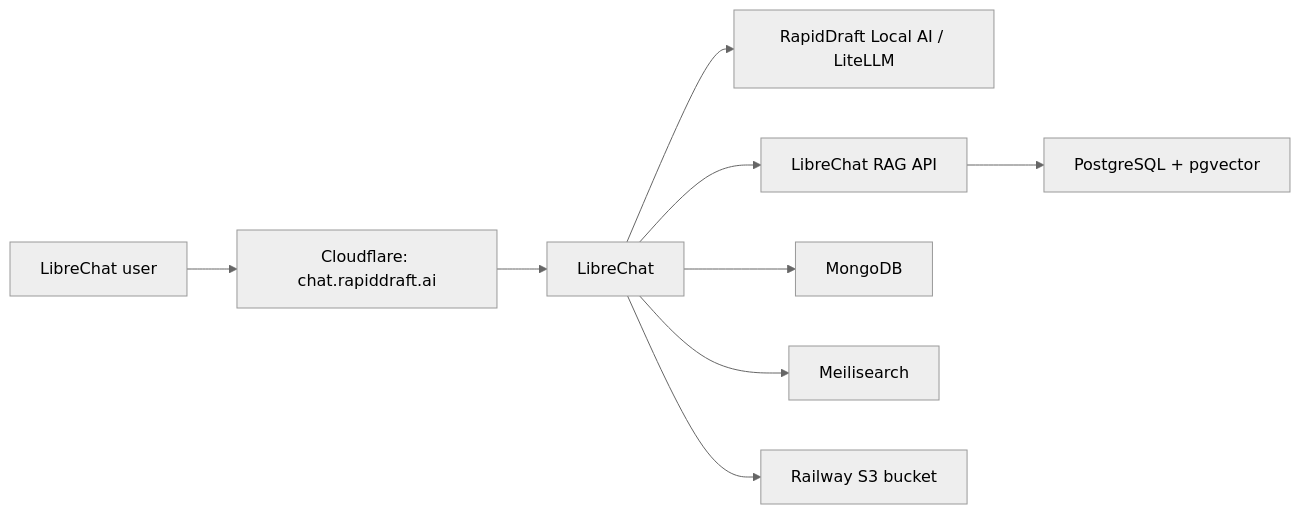
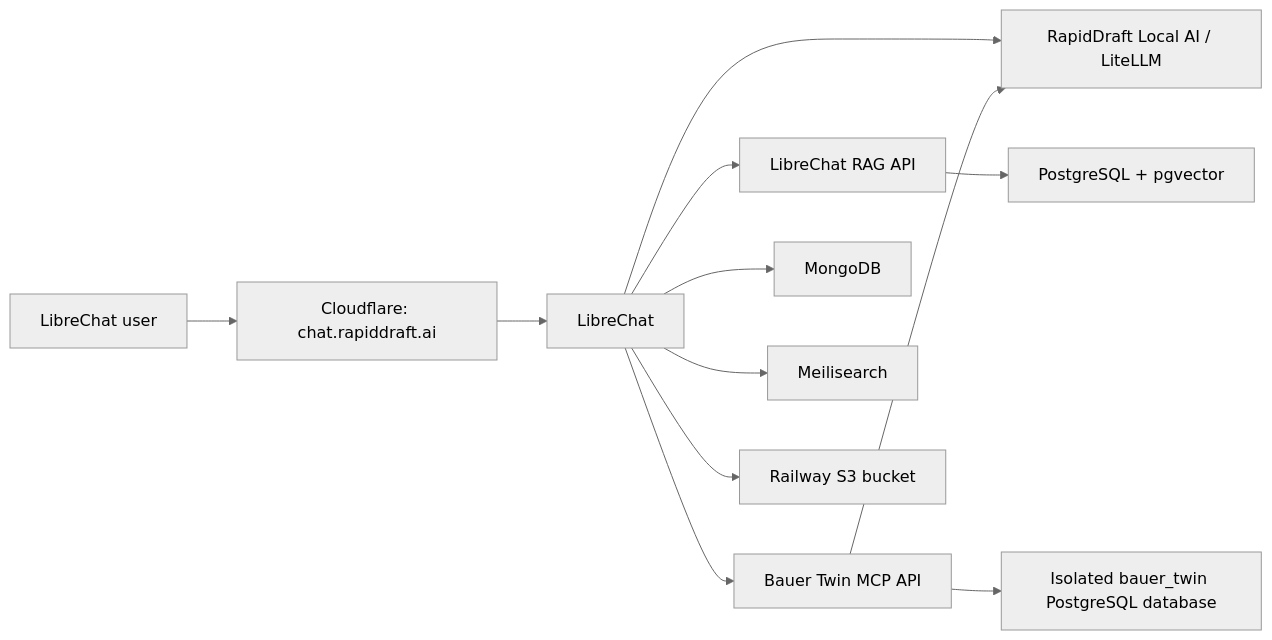
One commit to adeelyj/librechat-railway-config changed the diagram in README.md. Above: the diagram before and after it, drawn with Mermaid (neutral theme). The commit also changed other lines of this file and 20 other files, not shown here.

Commit message:
Add Bauer Technical Twin demo search

````diff
--- a/README.md
+++ b/README.md
@@ -13,11 +13,14 @@
 ```mermaid
 flowchart LR
     User["LibreChat user"] --> CF["Cloudflare: chat.rapiddraft.ai"]
     CF --> LC["LibreChat"]
     LC --> AI["RapidDraft Local AI / LiteLLM"]
     LC --> RAG["LibreChat RAG API"]
     RAG --> PG["PostgreSQL + pgvector"]
+    LC --> Twin["Bauer Twin MCP API"]
+    Twin --> TwinDB["Isolated bauer_twin PostgreSQL database"]
+    Twin --> AI
     LC --> Mongo["MongoDB"]
     LC --> Meili["Meilisearch"]
     LC --> S3["Railway S3 bucket"]
 ```
````
